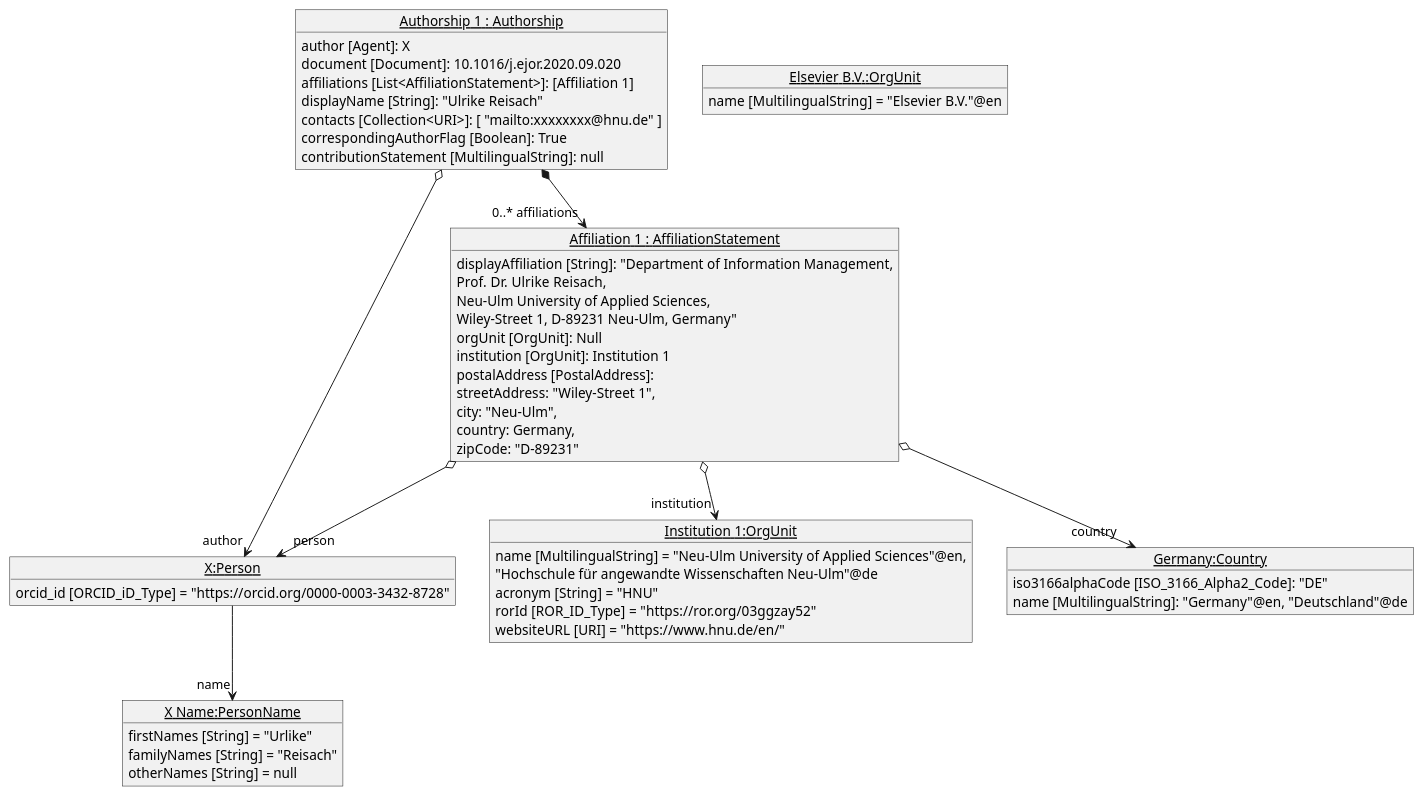
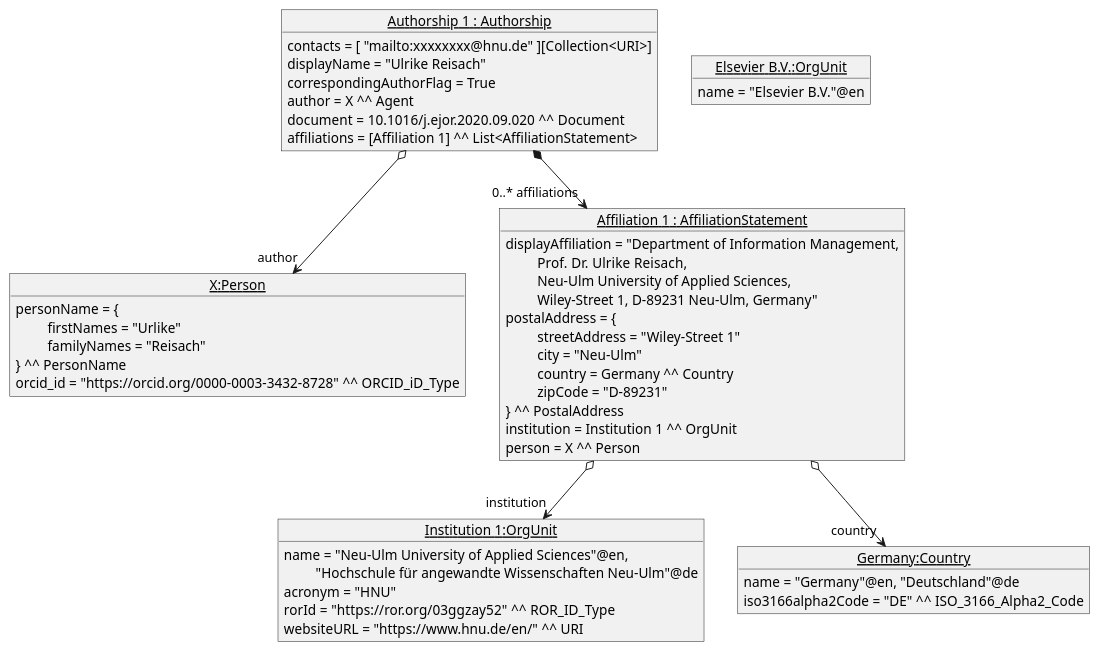
The diagram in diagrams/coreExample.puml (EuroCRIS/CERIF-ScholarlyPublicationsModule), drawn with PlantUML before and after one commit. The commit also changed 12 other files, not shown here.

Commit message:
corrections of diagrams

```diff
--- a/diagrams/coreExample.puml
+++ b/diagrams/coreExample.puml
@@ -1,60 +1,55 @@
 @startuml
 	object "<u>X:Person</u>" as X {
-           orcid_id [ORCID_iD_Type] = "https://orcid.org/0000-0003-3432-8728"
+           personName = {
+           \t firstNames = "Urlike"
+           \t familyNames = "Reisach"
+           } ^^ PersonName
+           orcid_id = "https://orcid.org/0000-0003-3432-8728" ^^ ORCID_iD_Type
         }
 
-	object "<u>X Name:PersonName</u>" as XName {
-            firstNames [String] = "Urlike"
-            familyNames [String] = "Reisach"
-            otherNames [String] = null
-        }
-
-    X --> "name" XName
-
     object "<u>Institution 1:OrgUnit</u>" as Ins1 {
-    	    name [MultilingualString] = "Neu-Ulm University of Applied Sciences"@en,
-    	    "Hochschule für angewandte Wissenschaften Neu-Ulm"@de
-            acronym [String] = "HNU"
-            rorId [ROR_ID_Type] = "https://ror.org/03ggzay52"
-            websiteURL [URI] = "https://www.hnu.de/en/"
+    	    name = "Neu-Ulm University of Applied Sciences"@en,
+    	    \t "Hochschule für angewandte Wissenschaften Neu-Ulm"@de
+            acronym = "HNU"
+            rorId = "https://ror.org/03ggzay52" ^^ ROR_ID_Type
+            websiteURL = "https://www.hnu.de/en/" ^^ URI
     	}
 
     object "<u>Germany:Country</u>" as Ger {
-            iso3166alphaCode [ISO_3166_Alpha2_Code]: "DE"
-            name [MultilingualString]: "Germany"@en, "Deutschland"@de
+           name = "Germany"@en, "Deutschland"@de
+           iso3166alpha2Code = "DE" ^^ ISO_3166_Alpha2_Code
         }
 
     object "<u>Elsevier B.V.:OrgUnit</u>" as Elsevier {
-            name [MultilingualString] = "Elsevier B.V."@en
+            name = "Elsevier B.V."@en
         }
 
     object "<u>Affiliation 1 : AffiliationStatement</u>" as Aff1 {
-            displayAffiliation [String]: "Department of Information Management,
-                 Prof. Dr. Ulrike Reisach,
-                 Neu-Ulm University of Applied Sciences,
-                 Wiley-Street 1, D-89231 Neu-Ulm, Germany"
-            orgUnit [OrgUnit]: Null
-            institution [OrgUnit]: Institution 1
-            postalAddress [PostalAddress]:
-                  streetAddress: "Wiley-Street 1",
-                  city: "Neu-Ulm",
-                  country: Germany,
-                  zipCode: "D-89231"
+            displayAffiliation = "Department of Information Management,
+            \t Prof. Dr. Ulrike Reisach,
+            \t Neu-Ulm University of Applied Sciences,
+            \t Wiley-Street 1, D-89231 Neu-Ulm, Germany"
+            postalAddress = {
+            \t streetAddress = "Wiley-Street 1"
+            \t city = "Neu-Ulm"
+            \t country = Germany ^^ Country
+            \t zipCode = "D-89231"
+            } ^^ PostalAddress
+            institution = Institution 1 ^^ OrgUnit
+            person = X ^^ Person
         }
 
     object "<u>Authorship 1 : Authorship</u>" as Aut1 {
-                author [Agent]: X
-                 document [Document]: 10.1016/j.ejor.2020.09.020
-                 affiliations [List<AffiliationStatement>]: [Affiliation 1]
-                 displayName [String]: "Ulrike Reisach"
-                 contacts [Collection<URI>]: [ "mailto:xxxxxxxx@hnu.de" ]
-                 correspondingAuthorFlag [Boolean]: True
-                 contributionStatement [MultilingualString]: null
-            }
+            contacts = [ "mailto:xxxxxxxx@hnu.de" ][Collection<URI>]
+            displayName = "Ulrike Reisach"
+            correspondingAuthorFlag = True
+            author = X ^^ Agent
+            document = 10.1016/j.ejor.2020.09.020 ^^ Document
+            affiliations = [Affiliation 1] ^^ List<AffiliationStatement>
+        }
     Aut1 o--> "author" X
     Aff1 o--> "institution" Ins1
-    Aff1 o--> "person" X
     Aff1 o--> "country" Ger
     Aut1 *--> "0..* affiliations" Aff1
 
 @enduml
```
